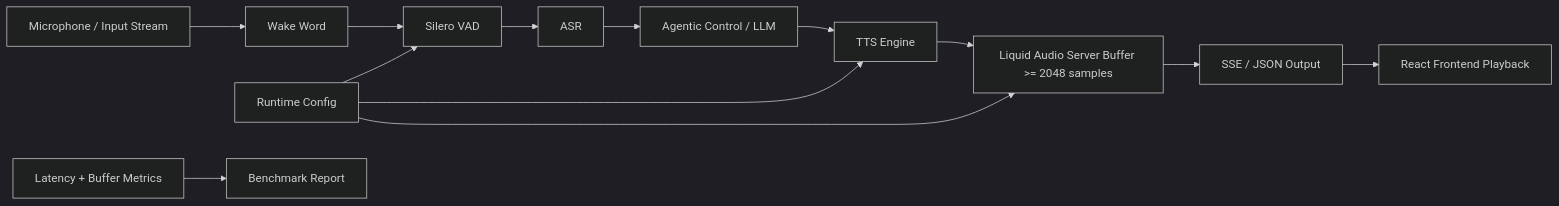
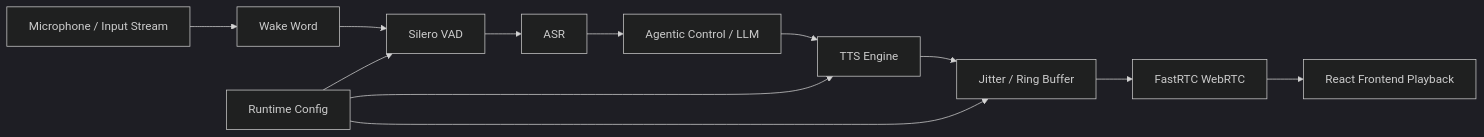
One commit to ggml-org/llama.cpp changed the diagram in .agents/reports/auralis-audio-optimization.md. Above: the diagram before and after it, drawn with Mermaid (dark theme). The commit also changed other lines of this file and 1 other file, not shown here.

First line of the commit message:
Optimize audio ring buffer to avoid dynamic allocation during playback (#58)

````diff
--- a/.agents/reports/auralis-audio-optimization.md
+++ b/.agents/reports/auralis-audio-optimization.md
@@ -50,16 +40,15 @@
 ```mermaid
-    flowchart LR
+flowchart LR
     Mic[Microphone / Input Stream] --> Wake[Wake Word]
     Wake --> VAD[Silero VAD]
     VAD --> ASR[ASR]
     ASR --> Agent[Agentic Control / LLM]
     Agent --> TTS[TTS Engine]
-    TTS --> Buffer[Liquid Audio Server Buffer >= 2048 samples]
-    Buffer --> Transport[SSE / JSON Output]
+    TTS --> Buffer[Jitter / Ring Buffer]
+    Buffer --> Transport[FastRTC WebRTC]
     Transport --> UI[React Frontend Playback]
 
     Config[Runtime Config] --> VAD
     Config --> TTS
     Config --> Buffer
-    Metrics[Latency + Buffer Metrics] --> Report[Benchmark Report]
 ```
````
